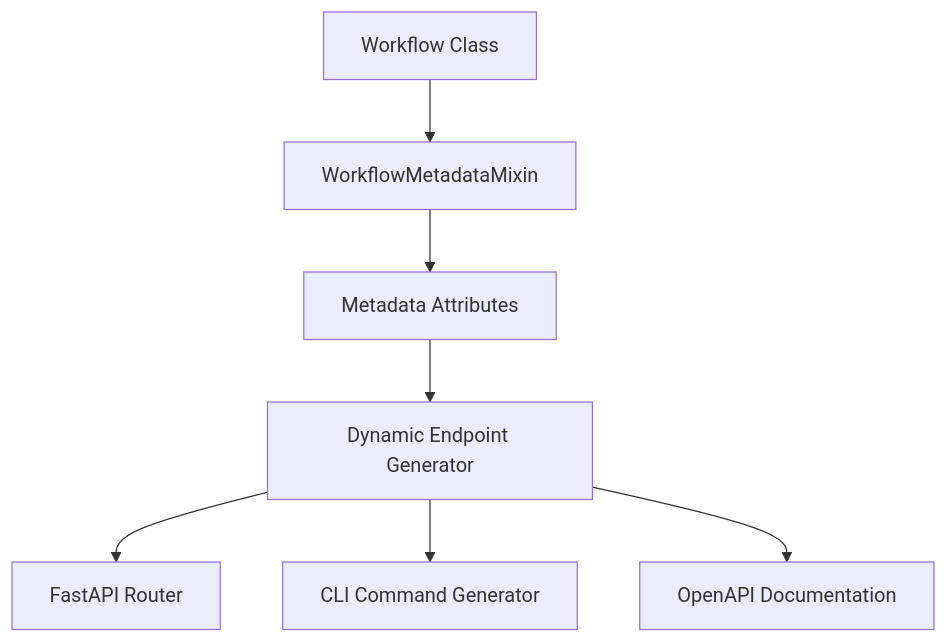
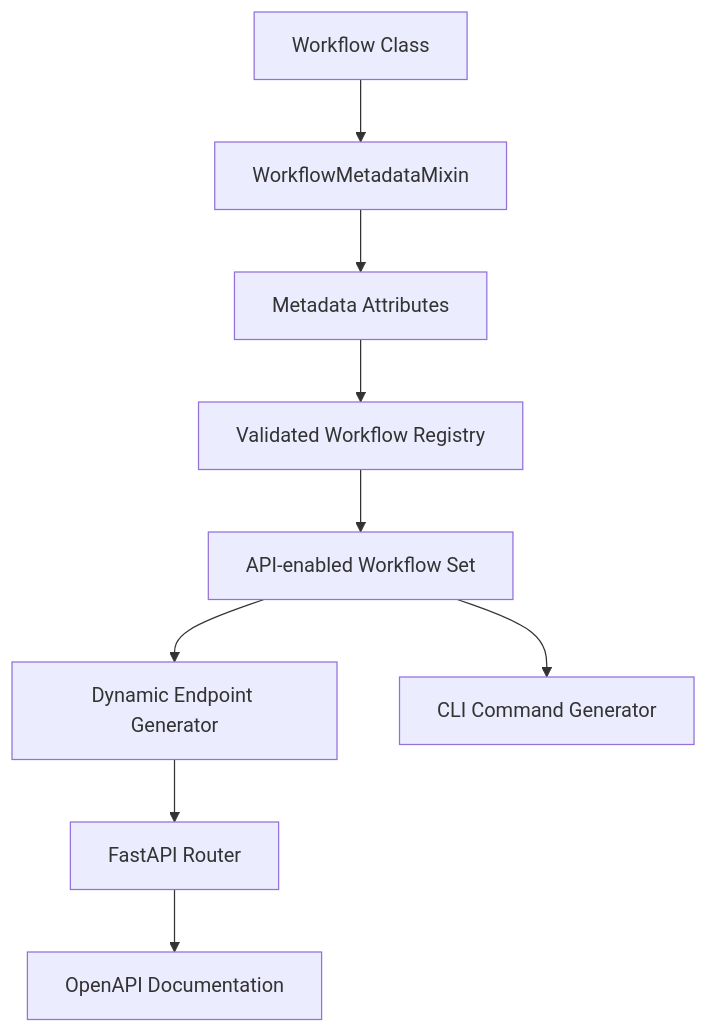
The diagram in docs/temporal/temporal-api.mdx (dsx-ai-factory/nv-config-manager), drawn with Mermaid before and after one commit. The commit also changed other lines of this file and 22 other files, not shown here.

````diff
--- a/docs/temporal/temporal-api.mdx
+++ b/docs/temporal/temporal-api.mdx
@@ -140,9 +142,11 @@
 ```mermaid
 graph TD
     A[Workflow Class] --> B[WorkflowMetadataMixin]
     B --> C[Metadata Attributes]
-    C --> D[Dynamic Endpoint Generator]
+    C --> R[Validated Workflow Registry]
+    R --> W[API-enabled Workflow Set]
+    W --> D[Dynamic Endpoint Generator]
+    W --> F[CLI Command Generator]
     D --> E[FastAPI Router]
-    D --> F[CLI Command Generator]
-    D --> G[OpenAPI Documentation]
+    E --> G[OpenAPI Documentation]
 ```
````
